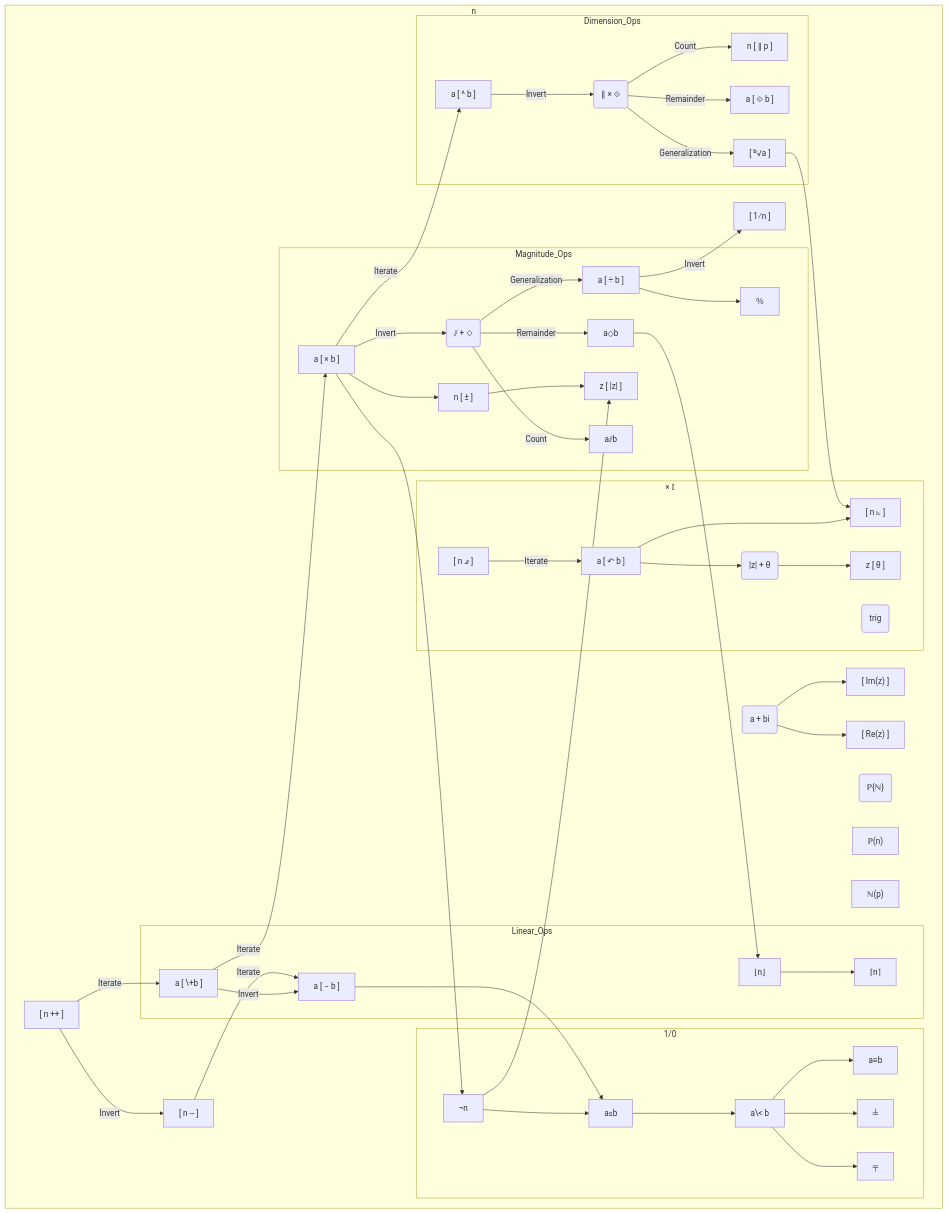
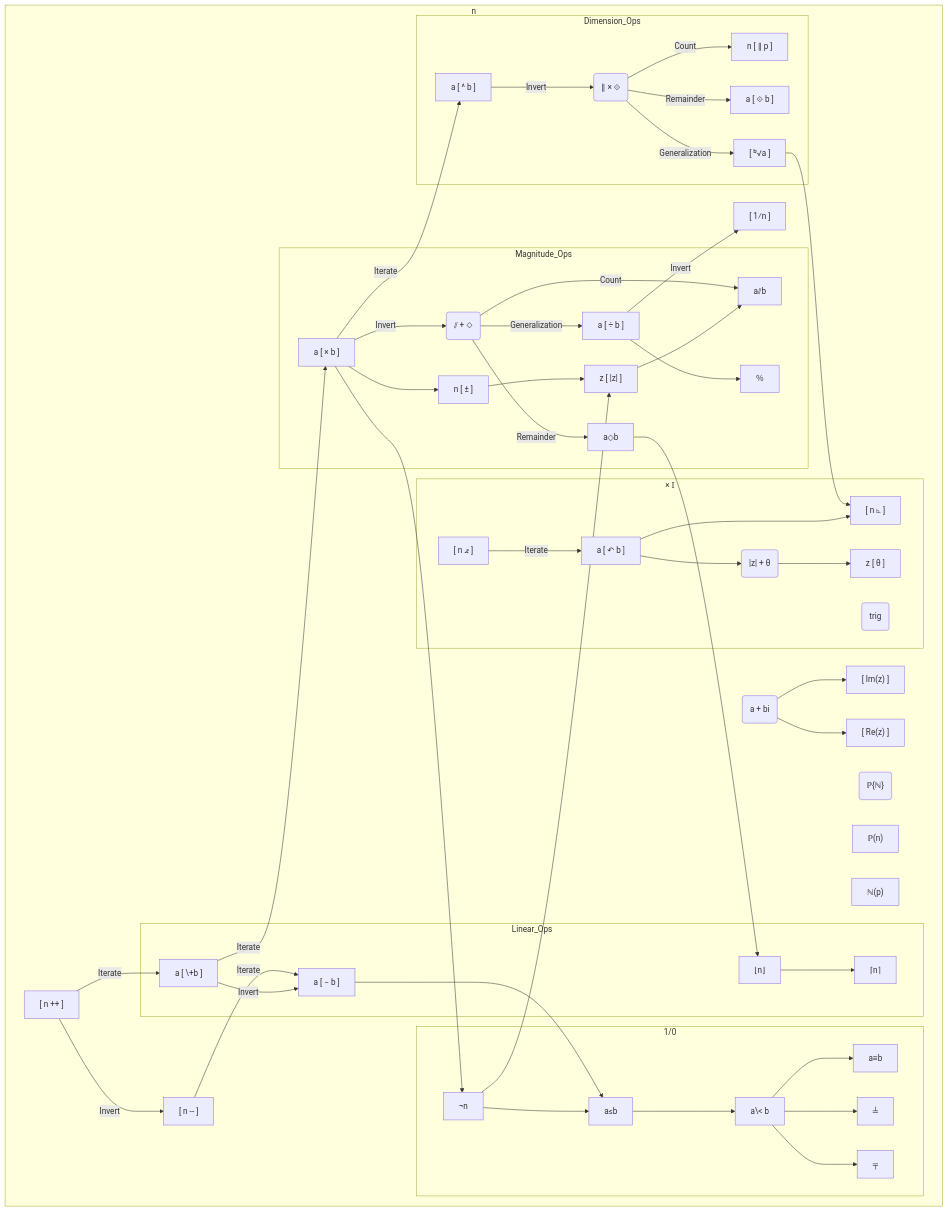
The diagram in docs/design_refs/dependency_map.mmd (Gammapod/AutoCalc), drawn with Mermaid before and after one commit. The commit also changed 3 other files, not shown here.

```diff
--- a/docs/design_refs/dependency_map.mmd
+++ b/docs/design_refs/dependency_map.mmd
@@ -135,8 +135,9 @@
 
     Mmul -->|Invert| Mdivtuple("⫽ + ◇")
 
+    Mmodulus --> Meudiv
     Mdivtuple -->|Count| Meudiv["a⫽b"]
-    %% Expanded form `[ 4 ⫽ 3 ]` -> `Σ[ ¬(4 – (3 × ℕ)) ]`
+    %% Expanded form `[ 4 ⫽ 3 ]` -> `Σ[ ¬(|4| – (3 × ℕ)) ]`
 
     Mdivtuple -->|Remainder| Mmod["a◇b"]
     %% Expanded form `[ 4 ◇ 3 ]` -> `[ 3 – (4 × (4 ⫽ 3)) ]`
```
